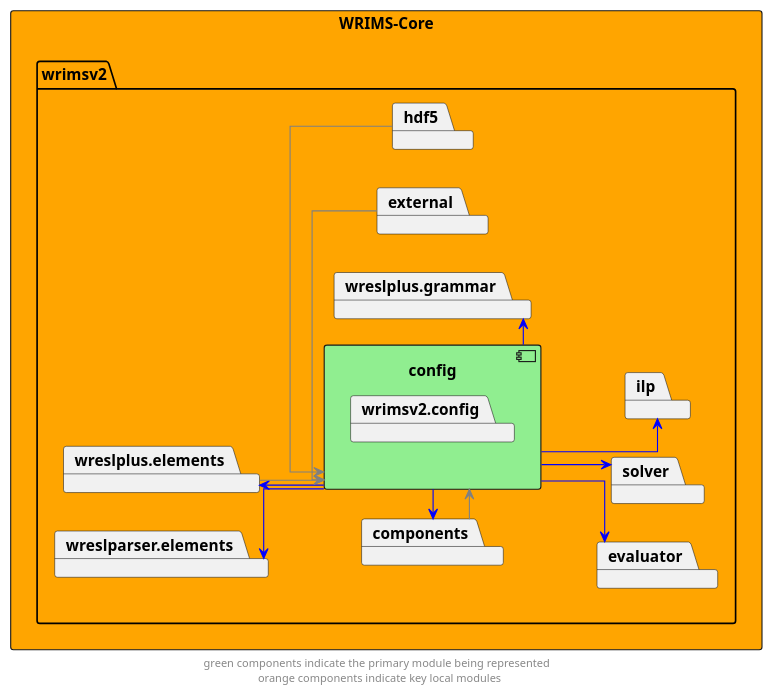
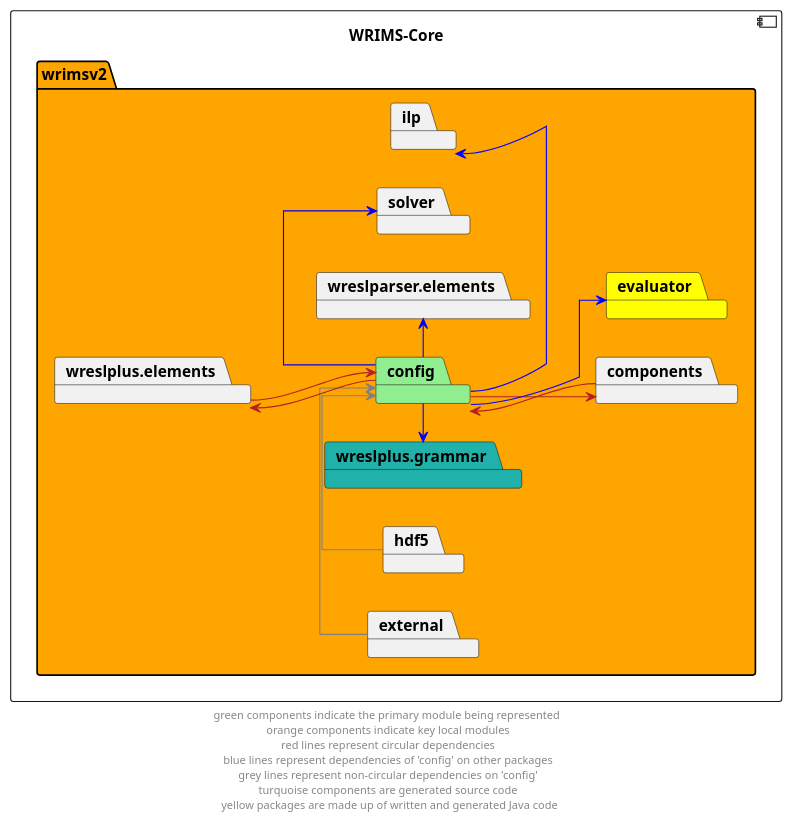
The diagram in docs/diagrams/wrims-core/wrims-core_config.puml (CentralValleyModeling/wrims), drawn with PlantUML before and after one commit. The commit also changed 63 other files, not shown here.

First line of the commit message:
Updated diagrams for improved consistency and legibility (#226)

```diff
--- a/docs/diagrams/wrims-core/wrims-core_config.puml
+++ b/docs/diagrams/wrims-core/wrims-core_config.puml
@@ -1,45 +1,41 @@
 @startuml
 left to right direction
 skinparam linetype ortho
 
-rectangle wrims_core as "WRIMS-Core" #orange {
-    package wrimsv2 {
-        package config {
-            component config #lightgreen {
-                package wrimsv2.config
-            }
-        }
+component wrims_core as "WRIMS-Core" {
+    package wrimsv2 #orange {
+        package config #lightgreen
         package components
-        package evaluator
+        package evaluator #yellow
         package external
         package hdf5
         package ilp
         package solver
         package wreslparser.elements
         package wreslplus.elements
-        package wreslplus.grammar
+        package wreslplus.grammar #lightseagreen
     }
 }
 
 hdf5 -> config #grey
 external -> config #grey
 
-config -r-> components #blue
-components --> config #grey
-config -r->  wreslplus.elements #blue
-wreslplus.elements --> config #grey
+config --> components #firebrick
+components --> config #firebrick
+config -l->  wreslplus.elements #firebrick
+wreslplus.elements --> config #firebrick
 
 config -d->  evaluator #blue
-config -d->  ilp #blue
-config -d->  solver #blue
-config -d->  wreslparser.elements #blue
+config -r->  ilp #blue
+config -r->  solver #blue
+config -r->  wreslparser.elements #blue
 config -l->  wreslplus.grammar #blue
 
 ' The following relationships are hidden and used to format the diagram. They do not represent actual dependencies.
 config -r[hidden]-> evaluator
 components -r[hidden]-> config
 wreslparser.elements -d[hidden]-> components
 wreslparser.elements -r[hidden]-> evaluator
 
-footer "green components indicate the primary module being represented \n orange components indicate key local modules"
+footer "green components indicate the primary module being represented \n orange components indicate key local modules \n red lines represent circular dependencies \n blue lines represent dependencies of 'config' on other packages \n grey lines represent non-circular dependencies on 'config' \n turquoise components are generated source code \n yellow packages are made up of written and generated Java code"
 @enduml
```
